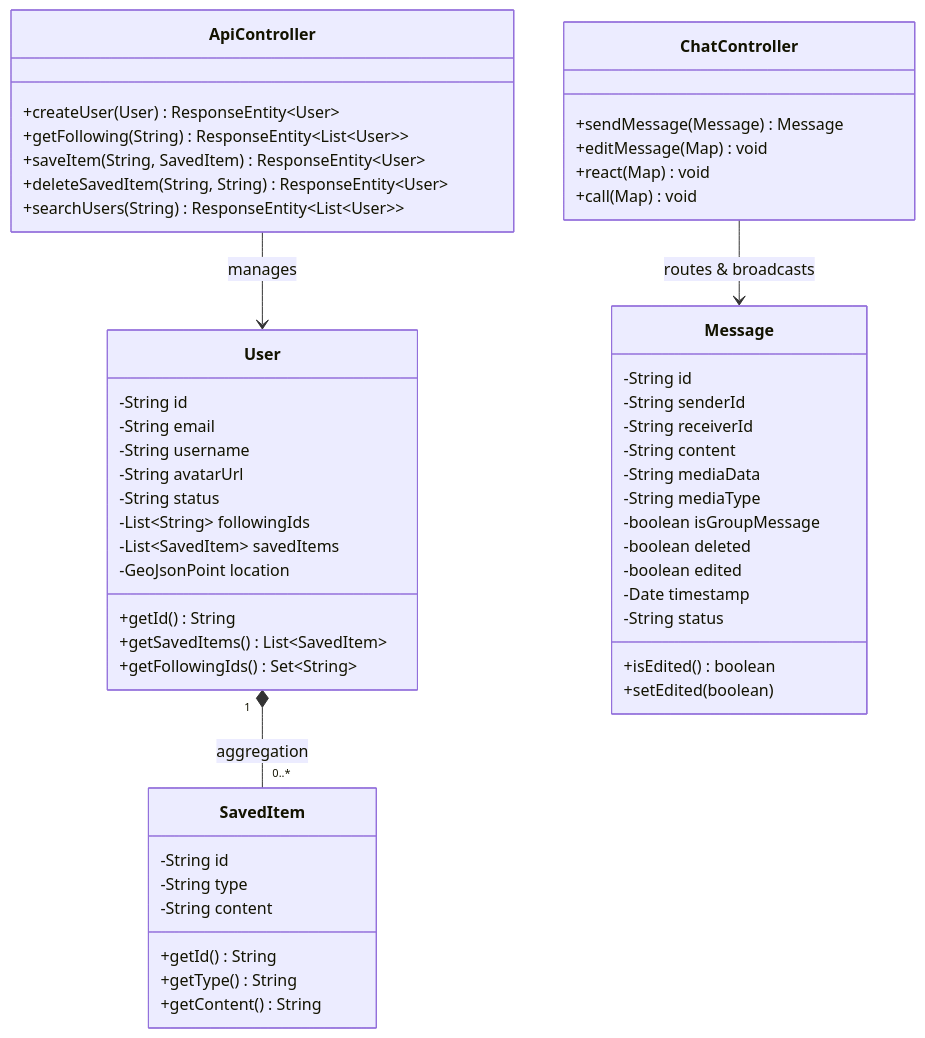
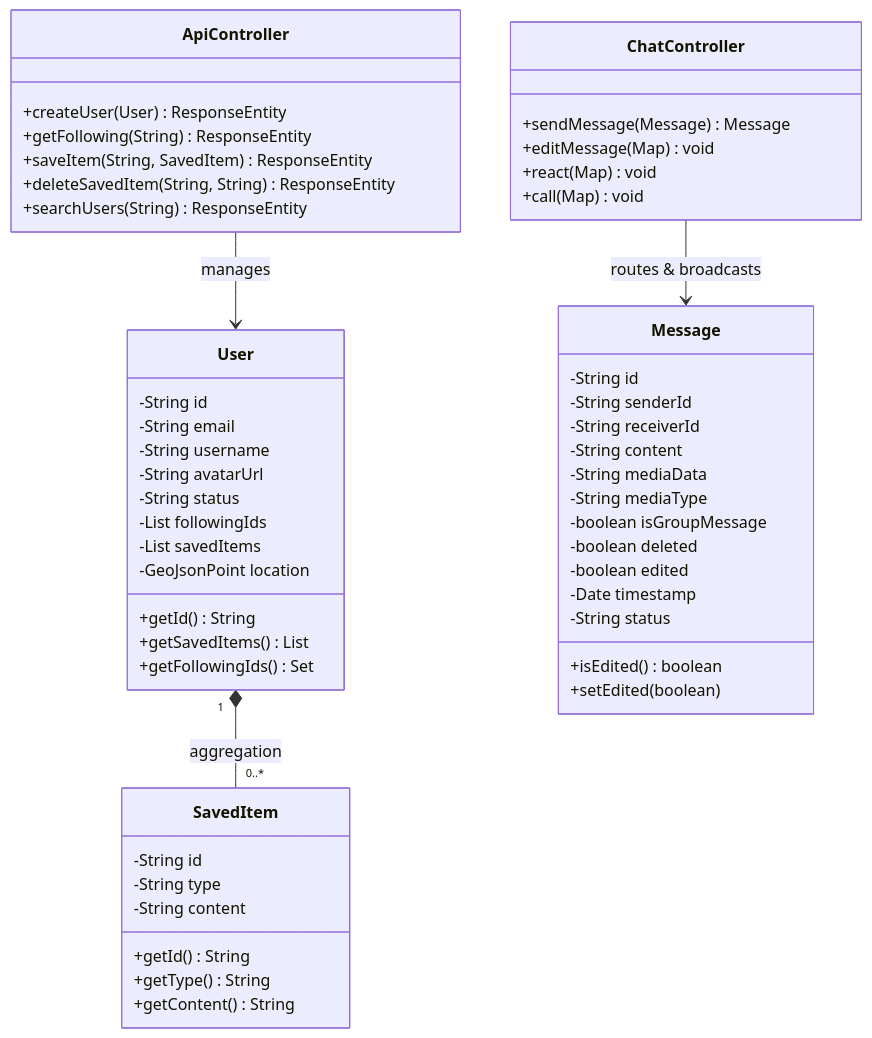
One commit to raviattrash-pro/nexus-chat changed the third of 3 diagrams in DESIGN.md. Above: the diagram before and after it, drawn with Mermaid. The commit also changed 1 other file, not shown here.

Commit message:
docs: fix Mermaid HLD/LLD diagram syntax and image placeholder URLs for GitHub rendering

````diff
--- a/DESIGN.md
+++ b/DESIGN.md
@@ -84,60 +84,60 @@
 ```mermaid
 classDiagram
     class User {
         -String id
         -String email
         -String username
         -String avatarUrl
         -String status
-        -List~String~ followingIds
-        -List~SavedItem~ savedItems
+        -List followingIds
+        -List savedItems
         -GeoJsonPoint location
         +getId() String
-        +getSavedItems() List~SavedItem~
-        +getFollowingIds() Set~String~
+        +getSavedItems() List
+        +getFollowingIds() Set
     }
 
     class SavedItem {
         -String id
         -String type
         -String content
         +getId() String
         +getType() String
         +getContent() String
     }
 
     class Message {
         -String id
         -String senderId
         -String receiverId
         -String content
         -String mediaData
         -String mediaType
         -boolean isGroupMessage
         -boolean deleted
         -boolean edited
         -Date timestamp
         -String status
         +isEdited() boolean
         +setEdited(boolean)
     }
 
     class ApiController {
-        +createUser(User) ResponseEntity~User~
-        +getFollowing(String) ResponseEntity~List~User~~
-        +saveItem(String, SavedItem) ResponseEntity~User~
-        +deleteSavedItem(String, String) ResponseEntity~User~
-        +searchUsers(String) ResponseEntity~List~User~~
+        +createUser(User) ResponseEntity
+        +getFollowing(String) ResponseEntity
+        +saveItem(String, SavedItem) ResponseEntity
+        +deleteSavedItem(String, String) ResponseEntity
+        +searchUsers(String) ResponseEntity
     }
 
     class ChatController {
         +sendMessage(Message) Message
         +editMessage(Map) void
         +react(Map) void
         +call(Map) void
     }
 
     User "1" *-- "0..*" SavedItem : aggregation
     ApiController --> User : manages
     ChatController --> Message : routes & broadcasts
 ```
````
